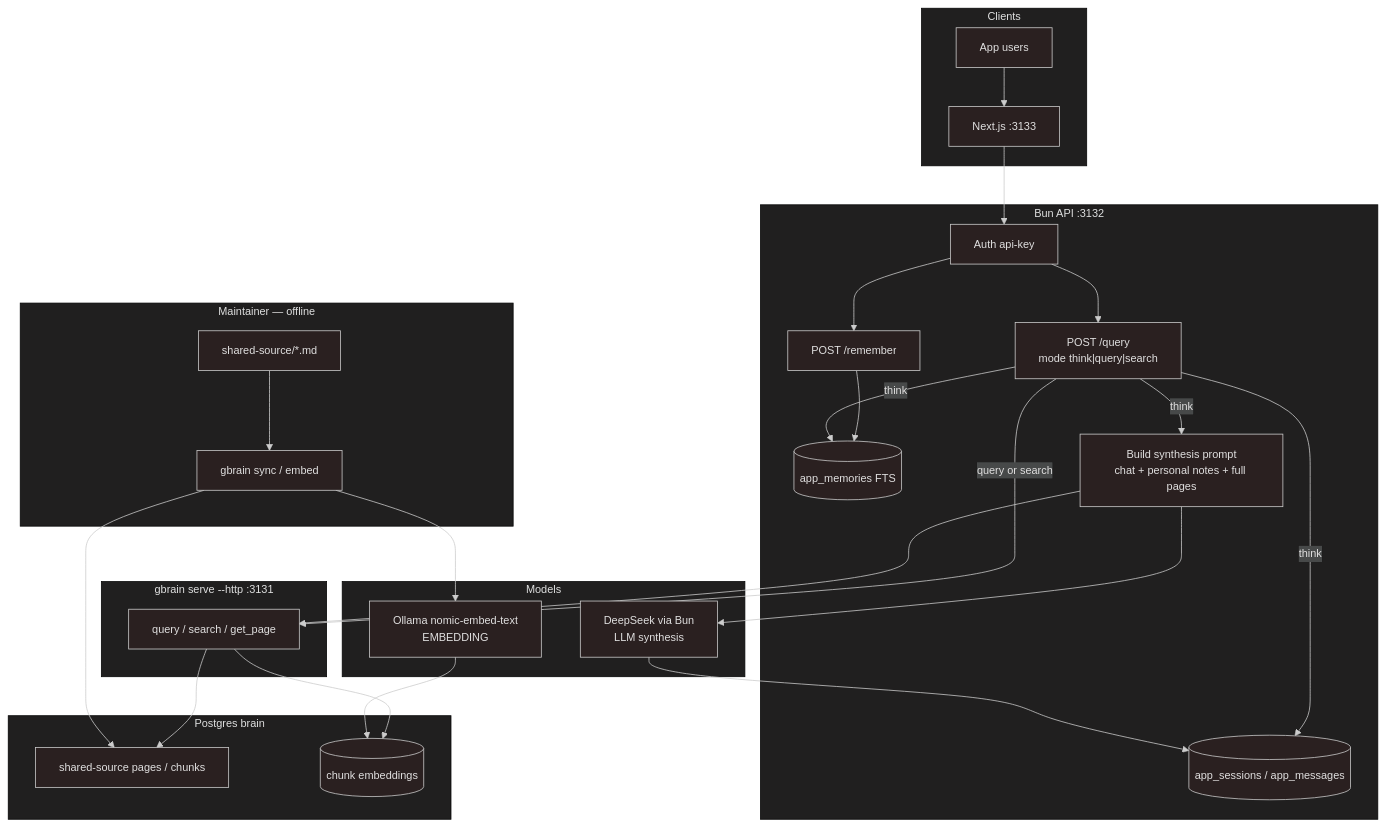
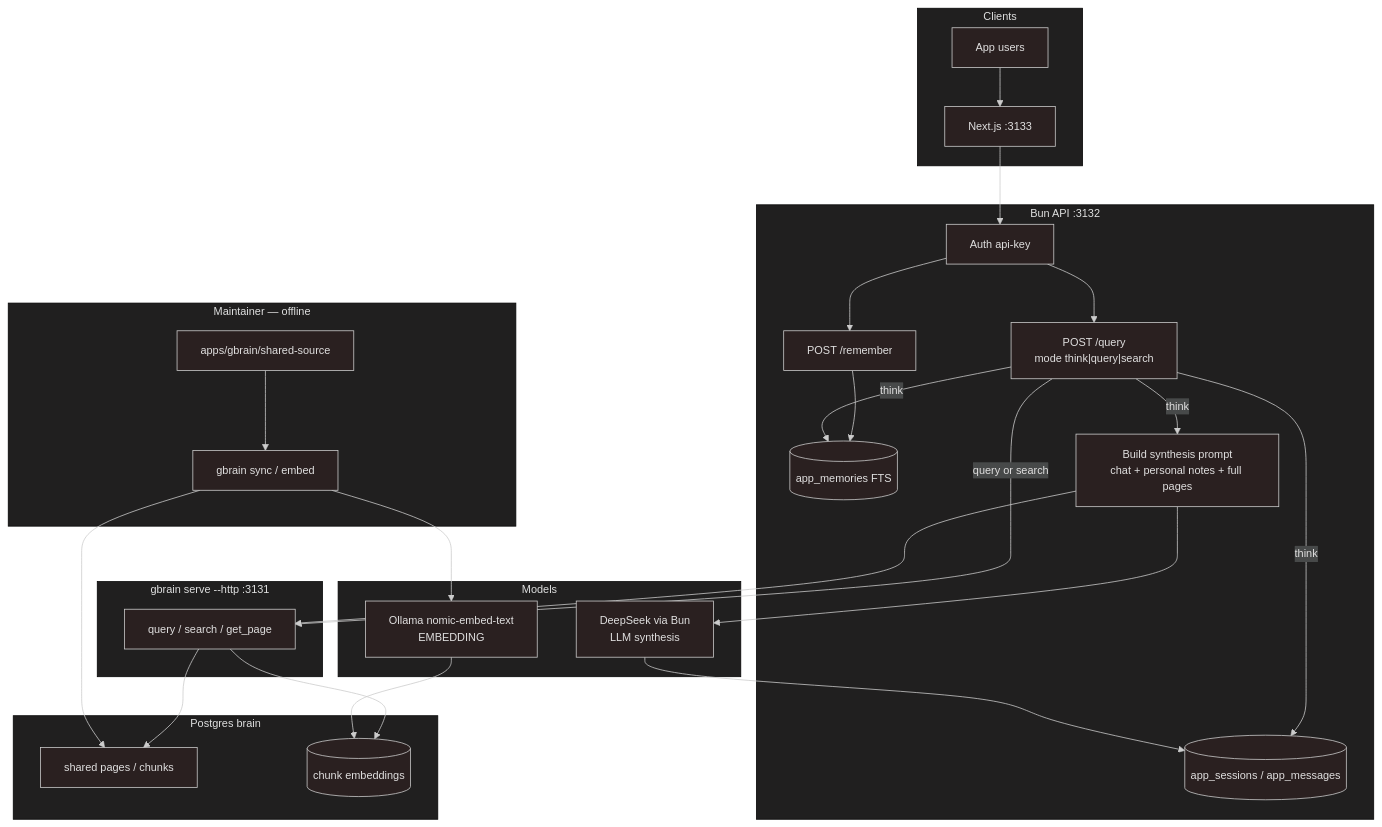
One commit to kyung-lee-official/gbrain-sandbox changed the first of 2 diagrams in README.md. Above: the diagram before and after it, drawn with Mermaid. The commit also changed other lines of this file and 30 other files, not shown here.

````diff
--- a/README.md
+++ b/README.md
@@ -33,58 +38,58 @@
 ```mermaid
 %%{init: {'theme': 'neo-dark'}}%%
 flowchart TB
   subgraph clients [Clients]
     Web[Next.js :3133]
     Lily[App users]
   end
 
   subgraph bun [Bun API :3132]
     Auth[Auth api-key]
     Remember["POST /remember"]
     Query["POST /query<br/>mode think|query|search"]
     Mem[(app_memories FTS)]
     Chat[(app_sessions / app_messages)]
     Build[Build synthesis prompt<br/>chat + personal notes + full pages]
   end
 
   subgraph maintainer [Maintainer — offline]
-    MD[shared-source/*.md]
+    MD[apps/gbrain/shared-source]
     Sync["gbrain sync / embed"]
   end
 
   subgraph gbrain [gbrain serve --http :3131]
     Retrieve[query / search / get_page]
   end
 
   subgraph models [Models]
     Ollama["Ollama nomic-embed-text<br/>EMBEDDING"]
     DeepSeek["DeepSeek via Bun<br/>LLM synthesis"]
   end
 
   subgraph store [Postgres brain]
-    Pages[shared-source pages / chunks]
+    Pages[shared pages / chunks]
     Embs[(chunk embeddings)]
   end
 
   Lily --> Web
   Web --> Auth
   Auth --> Remember
   Auth --> Query
 
   Remember --> Mem
 
   Query -->|think| Chat
   Query -->|think| Mem
   Query -->|think| Build
   Query -->|query or search| Retrieve
   Build --> Retrieve
   Retrieve --> Pages
   Retrieve --> Embs
   Build --> DeepSeek
   DeepSeek --> Chat
 
   MD --> Sync
   Sync --> Pages
   Sync --> Ollama
   Ollama --> Embs
 ```
````
